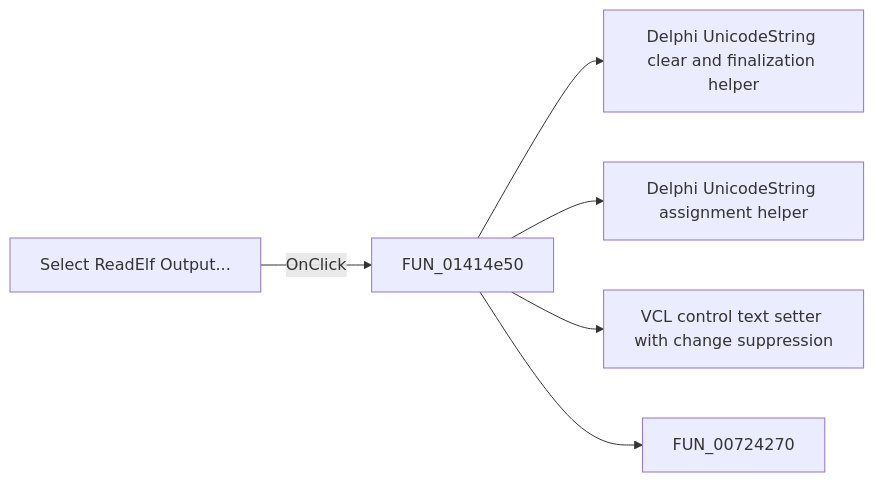
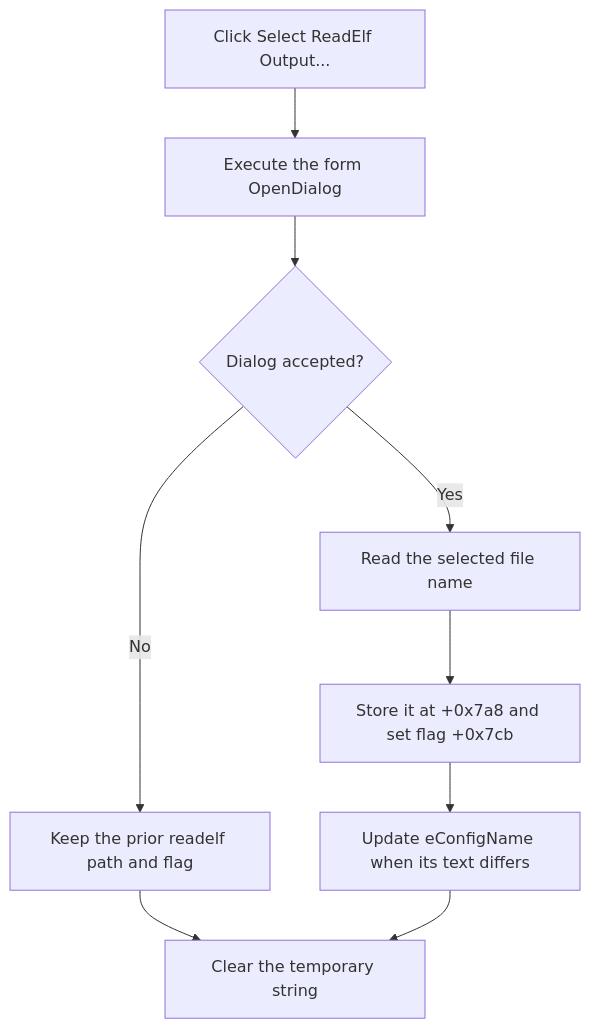
The diagram in docs/ui-controls/mcukernelimageproperties/bselectconfig-e141648d88.md (MovGP0/TIARA), drawn with Mermaid before and after one commit. The commit also changed other lines of this file and 1062 other files, not shown here.

````diff
--- a/docs/ui-controls/mcukernelimageproperties/bselectconfig-e141648d88.md
+++ b/docs/ui-controls/mcukernelimageproperties/bselectconfig-e141648d88.md
@@ -27,8 +30,11 @@
 ```mermaid
-flowchart LR
-    control["Select ReadElf Output..."] -->|OnClick| handler["FUN_01414e50"]
-    handler --> call1["Delphi UnicodeString clear and finalization helper"]
-    handler --> call2["Delphi UnicodeString assignment helper"]
-    handler --> call3["VCL control text setter with change suppression"]
-    handler --> call4["FUN_00724270"]
+flowchart TD
+    click["Click Select ReadElf Output..."] --> execute["Execute the form OpenDialog"]
+    execute --> accepted{"Dialog accepted?"}
+    accepted -->|No| noChange["Keep the prior readelf path and flag"]
+    accepted -->|Yes| read["Read the selected file name"]
+    read --> store["Store it at +0x7a8 and set flag +0x7cb"]
+    store --> display["Update eConfigName when its text differs"]
+    noChange --> cleanup["Clear the temporary string"]
+    display --> cleanup
 ```
````
